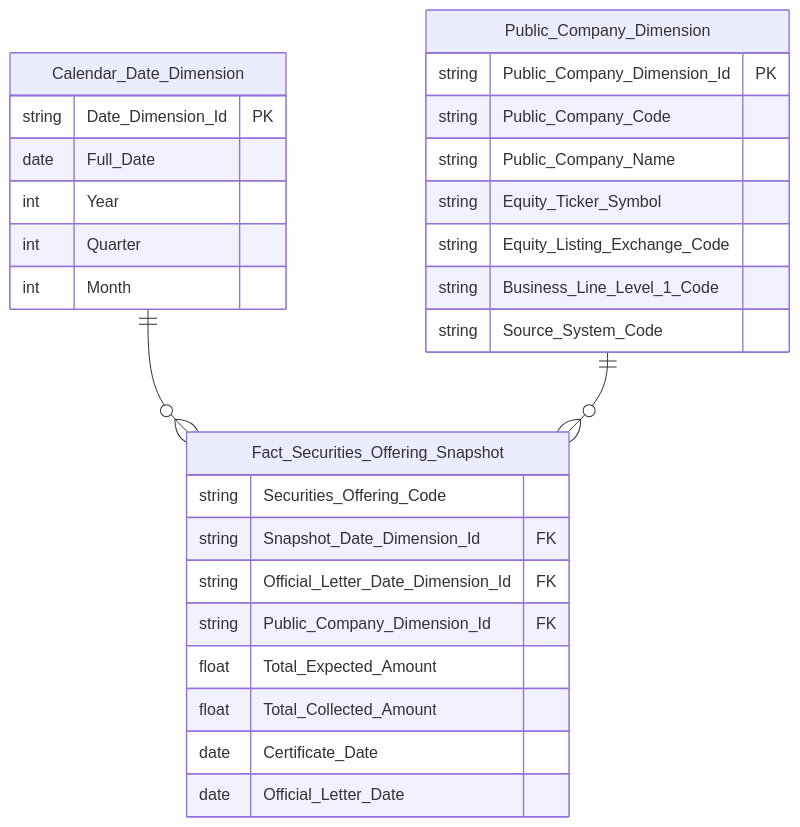
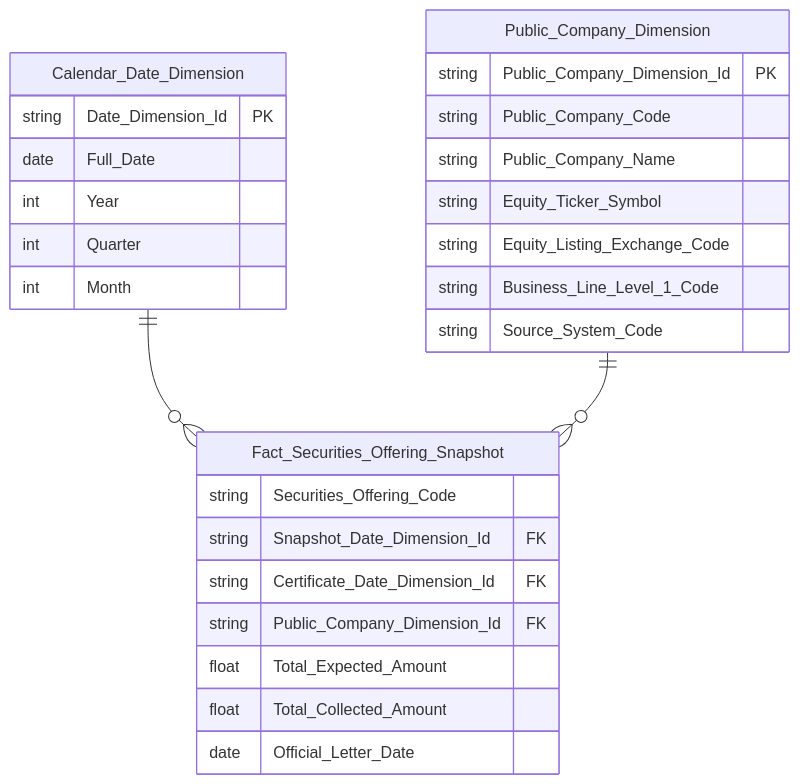
The sixth of 22 diagrams in Datamart/hld/DTM_QLCB_HLD.md (linhlvit/ubck_atomic_design), drawn with Mermaid before and after one commit. The commit also changed other lines of this file and 9 other files, not shown here.

````diff
--- a/Datamart/hld/DTM_QLCB_HLD.md
+++ b/Datamart/hld/DTM_QLCB_HLD.md
@@ -288,32 +288,31 @@
 ```mermaid
 erDiagram
     Calendar_Date_Dimension {
         string Date_Dimension_Id PK
         date Full_Date
         int Year
         int Quarter
         int Month
     }
     Public_Company_Dimension {
         string Public_Company_Dimension_Id PK
         string Public_Company_Code
         string Public_Company_Name
         string Equity_Ticker_Symbol
         string Equity_Listing_Exchange_Code
         string Business_Line_Level_1_Code
         string Source_System_Code
     }
     Fact_Securities_Offering_Snapshot {
         string Securities_Offering_Code
         string Snapshot_Date_Dimension_Id FK
-        string Official_Letter_Date_Dimension_Id FK
+        string Certificate_Date_Dimension_Id FK
         string Public_Company_Dimension_Id FK
         float Total_Expected_Amount
         float Total_Collected_Amount
-        date Certificate_Date
         date Official_Letter_Date
     }
 
     Calendar_Date_Dimension ||--o{ Fact_Securities_Offering_Snapshot : " "
     Public_Company_Dimension ||--o{ Fact_Securities_Offering_Snapshot : " "
 ```
````
